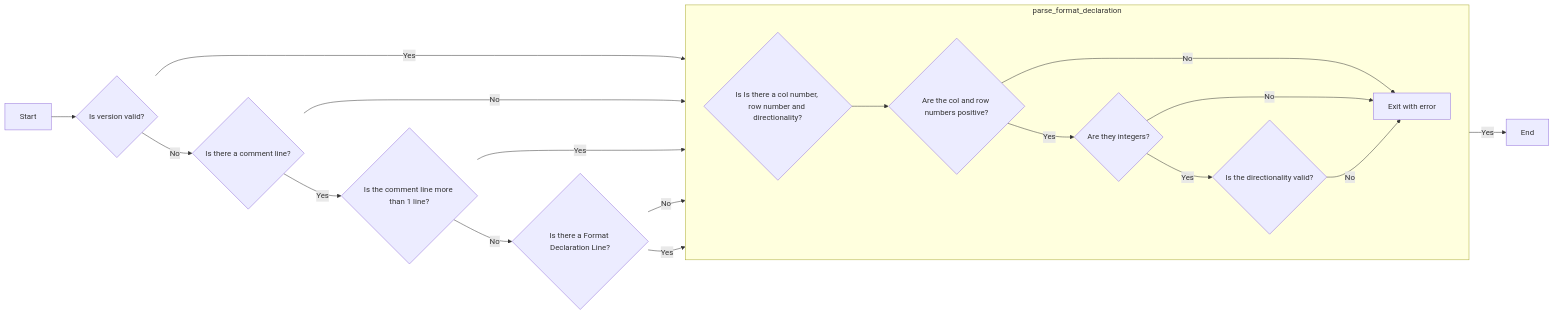
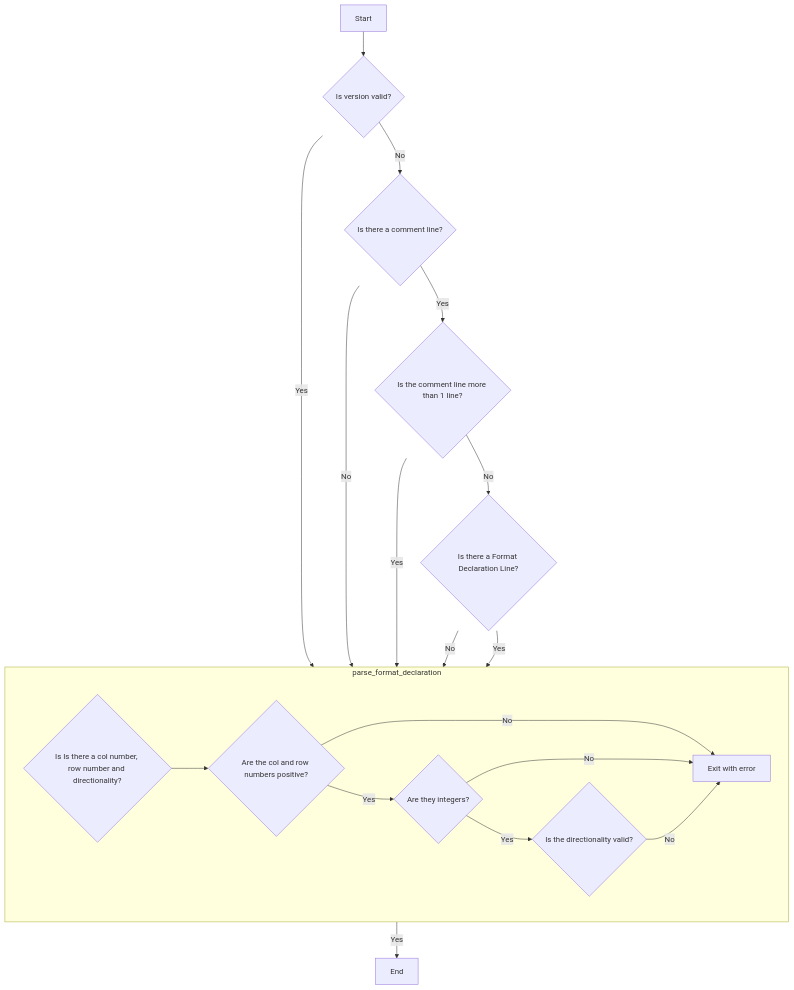
Before and after one commit to H-Shakeshaft/well-plate-generator: the third of 5 diagrams in docs/docs/implementation-notes/internals.md, drawn with Mermaid. The commit also changed other lines of this file and 4 other files, not shown here.

````diff
--- a/docs/docs/implementation-notes/internals.md
+++ b/docs/docs/implementation-notes/internals.md
@@ -63,24 +69,24 @@
     ```mermaid
-    flowchart LR
+    flowchart TB
         a2[Start] --> b2{Is version valid?};
         b2 --> |No| c2{Is there a comment line?};
         b2 --> |Yes| d2[Exit with error];
         c2 --> |No| d2;
         c2 --> |Yes| e2{Is the comment line more than 1 line?};
         e2 --> |Yes| d2;
         e2 --> |No| f2{Is there a Format Declaration Line?};
         f2 --> |No| d2; 
         f2 --> |Yes| a3{Is Is there a col number, row number and directionality?};
             
         subgraph parse_format_declaration
             direction LR
             a3 --> b3{Are the col and row numbers positive?};
             b3 --> |No| d2;
             b3 --> |Yes| c3{Are they integers?};
             c3 --> |No| d2;
             c3 --> |Yes| d3{Is the directionality valid?};
             d3 --> |No| d2;
         end
         
         d3 --> |Yes| g2[End];
     ```
````
